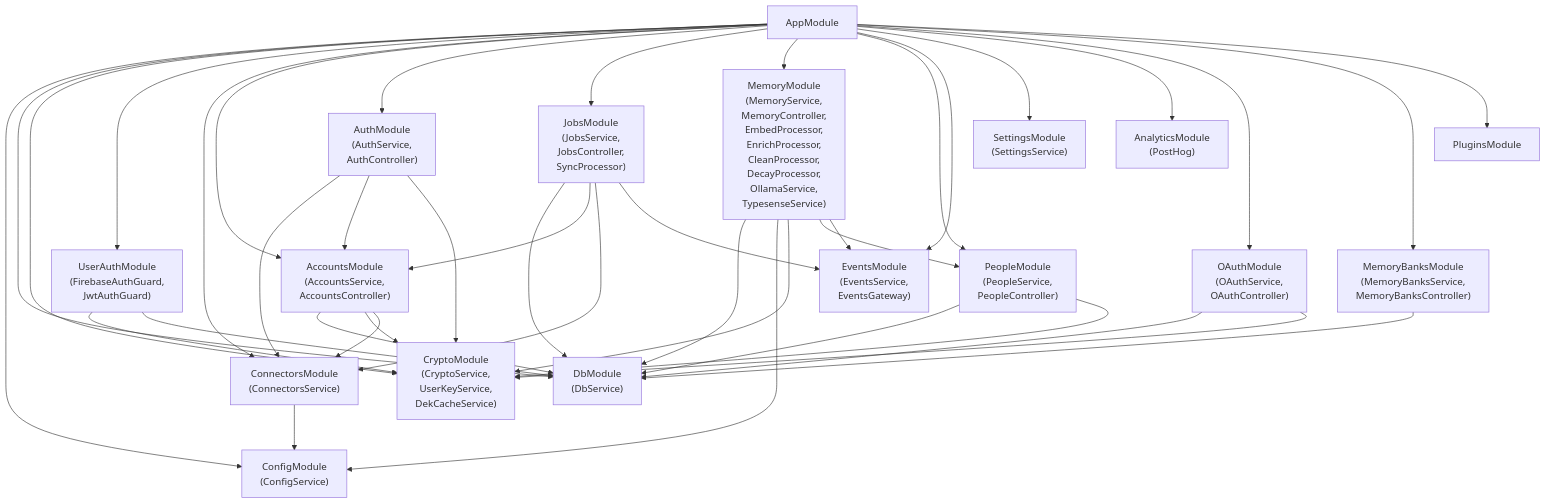
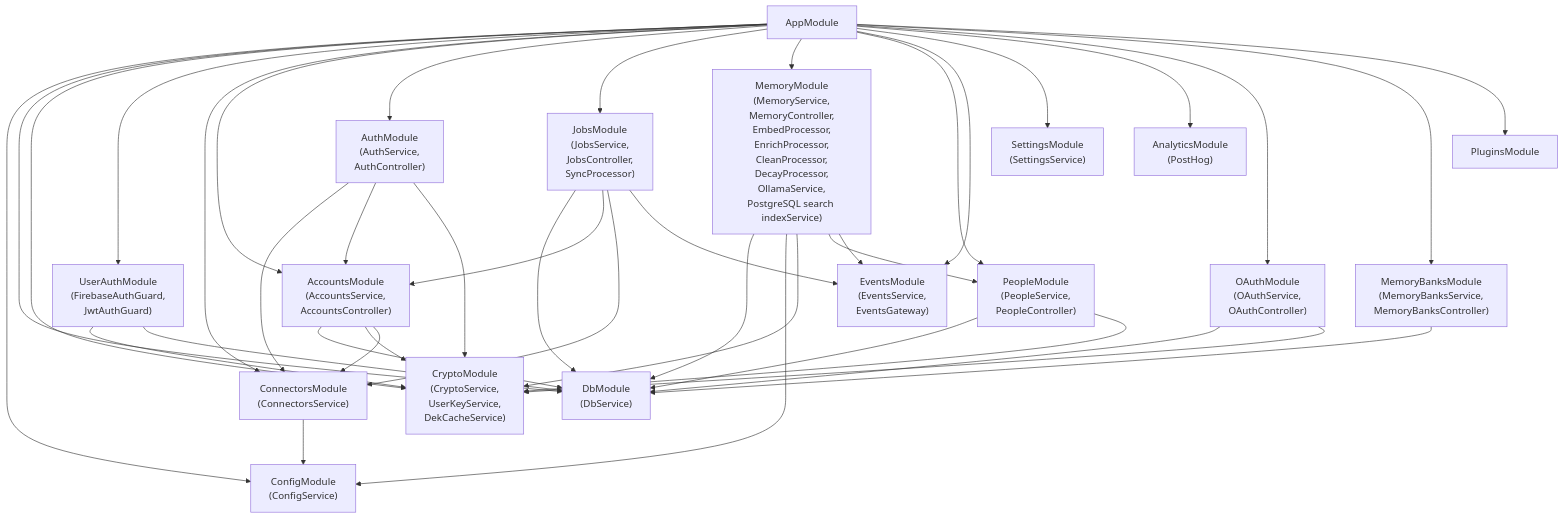
Before and after one commit to botmem/botmem: the second of 20 diagrams in docs/architecture/LLD.md, drawn with Mermaid. The commit also changed other lines of this file and 117 other files, not shown here.

Commit message:
feat: move search index into postgres

````diff
--- a/docs/architecture/LLD.md
+++ b/docs/architecture/LLD.md
@@ -233,72 +233,72 @@
 ```mermaid
 graph TB
     AppModule["AppModule"]
 
     AppModule --> ConfigModule
     AppModule --> DbModule
     AppModule --> CryptoModule
     AppModule --> UserAuthModule
     AppModule --> ConnectorsModule
     AppModule --> AccountsModule
     AppModule --> AuthModule
     AppModule --> JobsModule
     AppModule --> MemoryModule
     AppModule --> PeopleModule
     AppModule --> EventsModule
     AppModule --> SettingsModule
     AppModule --> AnalyticsModule
     AppModule --> OAuthModule
     AppModule --> MemoryBanksModule
     AppModule --> PluginsModule
 
     ConfigModule["ConfigModule<br/>(ConfigService)"]
     DbModule["DbModule<br/>(DbService)"]
     CryptoModule["CryptoModule<br/>(CryptoService,<br/>UserKeyService,<br/>DekCacheService)"]
 
     UserAuthModule["UserAuthModule<br/>(FirebaseAuthGuard,<br/>JwtAuthGuard)"]
     UserAuthModule --> CryptoModule
     UserAuthModule --> DbModule
 
     AccountsModule["AccountsModule<br/>(AccountsService,<br/>AccountsController)"]
     AccountsModule --> DbModule
     AccountsModule --> CryptoModule
     AccountsModule --> ConnectorsModule
 
     AuthModule["AuthModule<br/>(AuthService,<br/>AuthController)"]
     AuthModule --> ConnectorsModule
     AuthModule --> AccountsModule
     AuthModule --> CryptoModule
 
     ConnectorsModule["ConnectorsModule<br/>(ConnectorsService)"]
     ConnectorsModule --> ConfigModule
 
     JobsModule["JobsModule<br/>(JobsService,<br/>JobsController,<br/>SyncProcessor)"]
     JobsModule --> DbModule
     JobsModule --> AccountsModule
     JobsModule --> ConnectorsModule
     JobsModule --> EventsModule
 
-    MemoryModule["MemoryModule<br/>(MemoryService,<br/>MemoryController,<br/>EmbedProcessor,<br/>EnrichProcessor,<br/>CleanProcessor,<br/>DecayProcessor,<br/>OllamaService,<br/>TypesenseService)"]
+    MemoryModule["MemoryModule<br/>(MemoryService,<br/>MemoryController,<br/>EmbedProcessor,<br/>EnrichProcessor,<br/>CleanProcessor,<br/>DecayProcessor,<br/>OllamaService,<br/>PostgreSQL search indexService)"]
     MemoryModule --> DbModule
     MemoryModule --> ConfigModule
     MemoryModule --> CryptoModule
     MemoryModule --> PeopleModule
     MemoryModule --> EventsModule
 
     PeopleModule["PeopleModule<br/>(PeopleService,<br/>PeopleController)"]
     PeopleModule --> DbModule
     PeopleModule --> CryptoModule
 
     EventsModule["EventsModule<br/>(EventsService,<br/>EventsGateway)"]
 
     MemoryBanksModule["MemoryBanksModule<br/>(MemoryBanksService,<br/>MemoryBanksController)"]
     MemoryBanksModule --> DbModule
 
     OAuthModule["OAuthModule<br/>(OAuthService,<br/>OAuthController)"]
     OAuthModule --> DbModule
     OAuthModule --> CryptoModule
 
     AnalyticsModule["AnalyticsModule<br/>(PostHog)"]
     SettingsModule["SettingsModule<br/>(SettingsService)"]
     PluginsModule["PluginsModule"]
 ```
````
